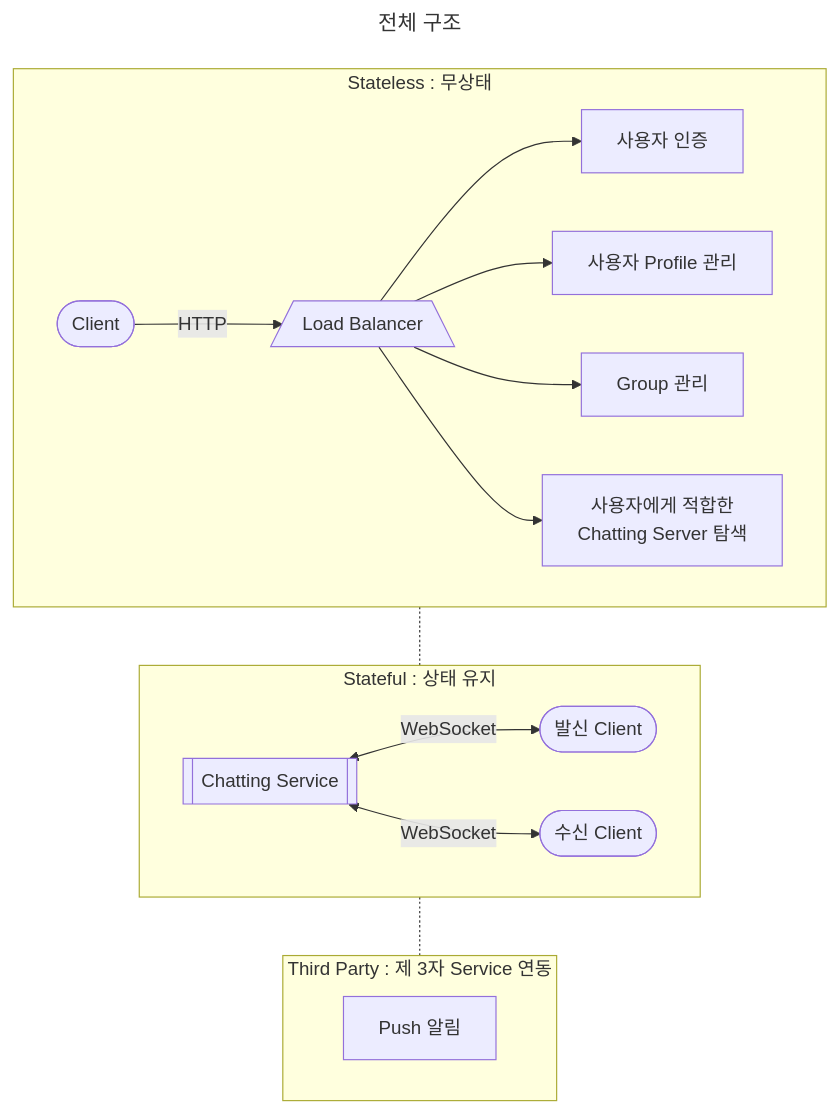
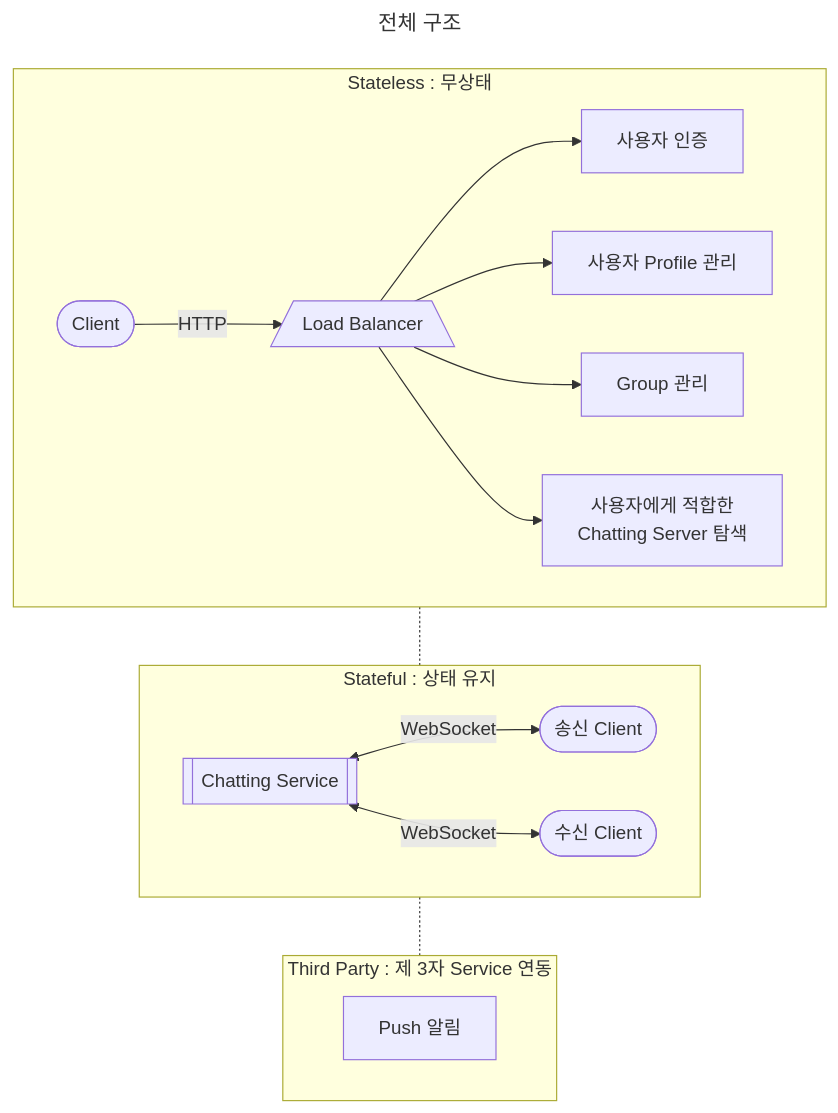
One commit to choesimin/choesimin.github.io changed the first of 8 diagrams in _drafts/skills/system-design/chatting.md. Above: the diagram before and after it, drawn with Mermaid. The commit also changed other lines of this file, not shown here.

````diff
--- a/_drafts/skills/system-design/chatting.md
+++ b/_drafts/skills/system-design/chatting.md
@@ -22,36 +22,36 @@
 ```mermaid
 ---
 title : 전체 구조
 ---
 flowchart TD
 
 stateless -.- stateful -.- third_party
 
 subgraph stateless[Stateless : 무상태]
     client([Client])
     lb[/Load Balancer\]
     auth[사용자 인증]
     user[사용자 Profile 관리]
     group[Group 관리]
     discovery[사용자에게 적합한\nChatting Server 탐색]
 
     client -->|HTTP| lb
     lb --> auth
     lb --> user
     lb --> group
     lb --> discovery
 end
 
 subgraph stateful[Stateful : 상태 유지]
     chatting[[Chatting Service]]
-    sender([발신 Client])
-    receiver([수신 Client])
+    sender([송신 Client])
+    recipient([수신 Client])
 
     chatting <-->|WebSocket| sender
-    chatting <-->|WebSocket| receiver
+    chatting <-->|WebSocket| recipient
 end
 
 subgraph third_party[Third Party : 제 3자 Service 연동]
     push[Push 알림]
 end
 ```
````
